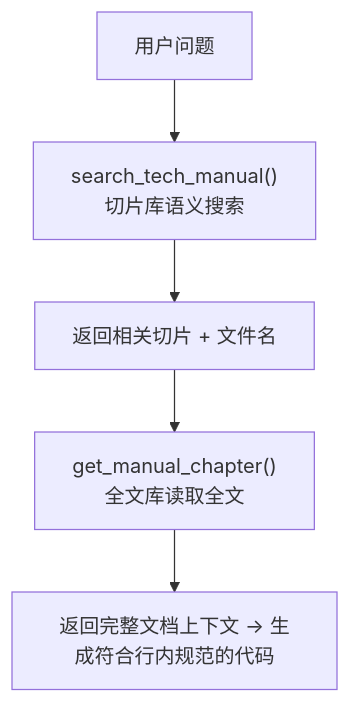
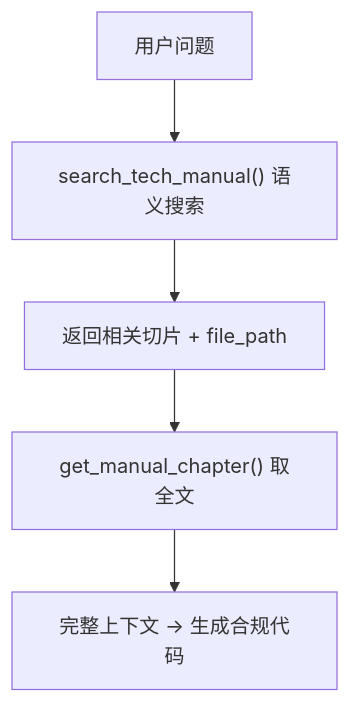
One commit to wonglaitung/splan changed the third of 5 diagrams in 6. 银行研发智能助手技术说明书.md. Above: the diagram before and after it, drawn with Mermaid. The commit also changed other lines of this file, not shown here.

````diff
--- a/6. 银行研发智能助手技术说明书.md
+++ b/6. 银行研发智能助手技术说明书.md
@@ -326,7 +177,7 @@
 ```mermaid
 flowchart TB
-    Q["用户问题"] --> SEARCH["search_tech_manual()<br/>切片库语义搜索"]
-    SEARCH --> SLICE["返回相关切片 + 文件名"]
-    SLICE --> GET["get_manual_chapter()<br/>全文库读取全文"]
-    GET --> FULL["返回完整文档上下文 → 生成符合行内规范的代码"]
+    Q["用户问题"] --> SEARCH["search_tech_manual() 语义搜索"]
+    SEARCH --> SLICE["返回相关切片 + file_path"]
+    SLICE --> GET["get_manual_chapter() 取全文"]
+    GET --> FULL["完整上下文 → 生成合规代码"]
 ```
````
